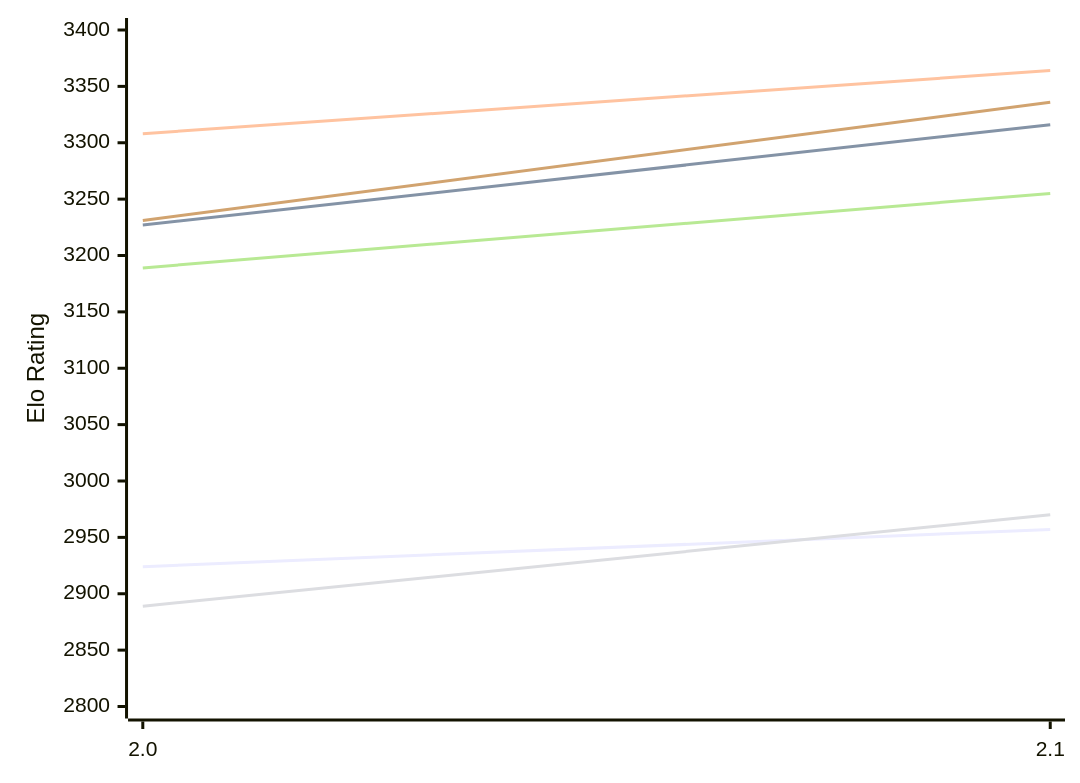
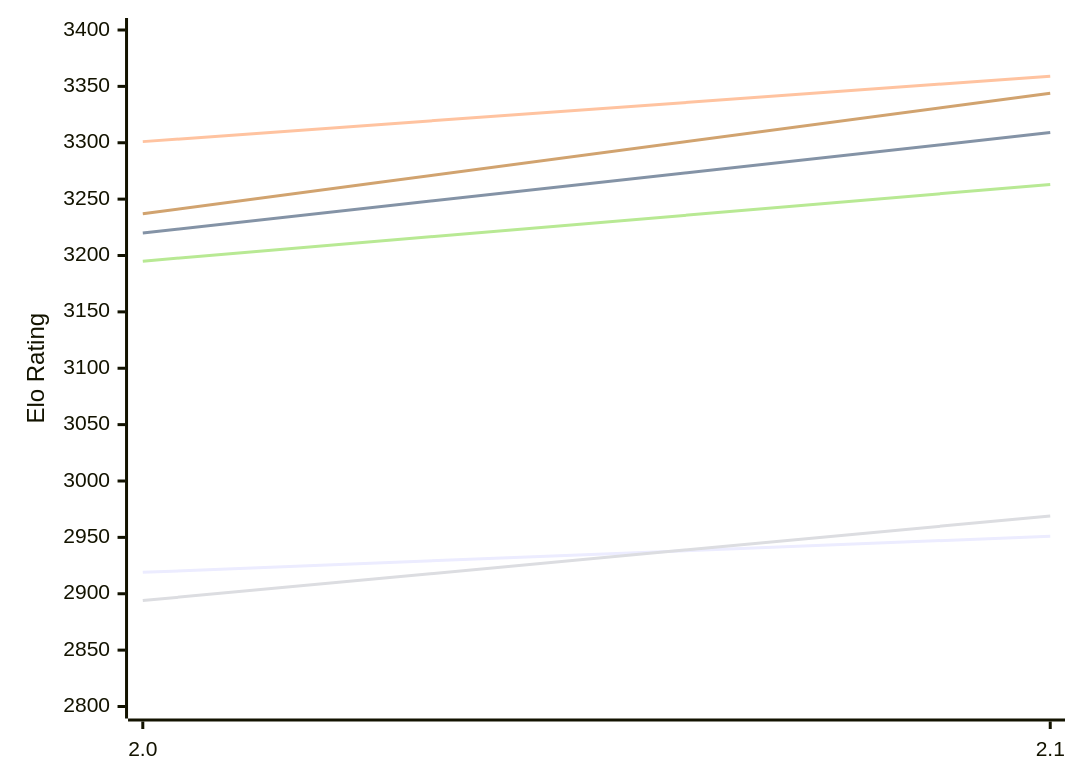
The first of 2 diagrams in engines/Onslaught.md (computer-chess-index/cci), drawn with Mermaid before and after one commit. The commit also changed other lines of this file, not shown here.

Commit message:
Update CCI Ratings (ELO VLTC) - 2026-11-18

````diff
--- a/engines/Onslaught.md
+++ b/engines/Onslaught.md
@@ -50,12 +50,12 @@
 ```mermaid
 %%{init: {"theme":"base","themeVariables":{"seriesColors:['#a3a3a3','#222221','#faa371']}}}%%
 xychart-beta
   x-axis ["2.0", "2.1"]
   y-axis "Elo Rating" 2800 --> 3400
-  line "E1: STC (8.0+0.08s)" [2924, 2957]
-  line "E1: LTC (60.0+0.60s)" [3227, 3316]
-  line "E1: VLTC (2m24s+1.12s)" [3308, 3364]
-  line "P1: STC (8.0+0.08s)" [2889, 2970]
-  line "P1: LTC (60.0+0.60s)" [3189, 3255]
-  line "P1: VLTC (2m24s+1.12s)" [3231, 3336]
+  line "E1: STC (8.0+0.08s)" [2919, 2951]
+  line "E1: LTC (60.0+0.60s)" [3220, 3309]
+  line "E1: VLTC (2m24s+1.12s)" [3301, 3359]
+  line "P1: STC (8.0+0.08s)" [2894, 2969]
+  line "P1: LTC (60.0+0.60s)" [3195, 3263]
+  line "P1: VLTC (2m24s+1.12s)" [3237, 3344]
 ```
````
